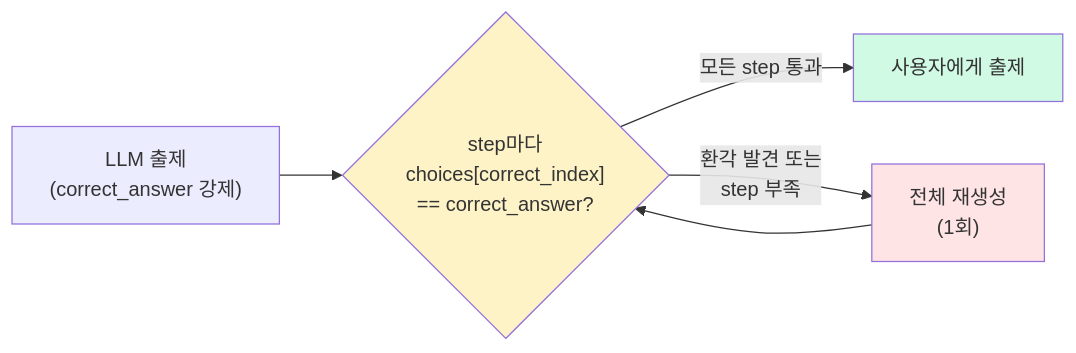
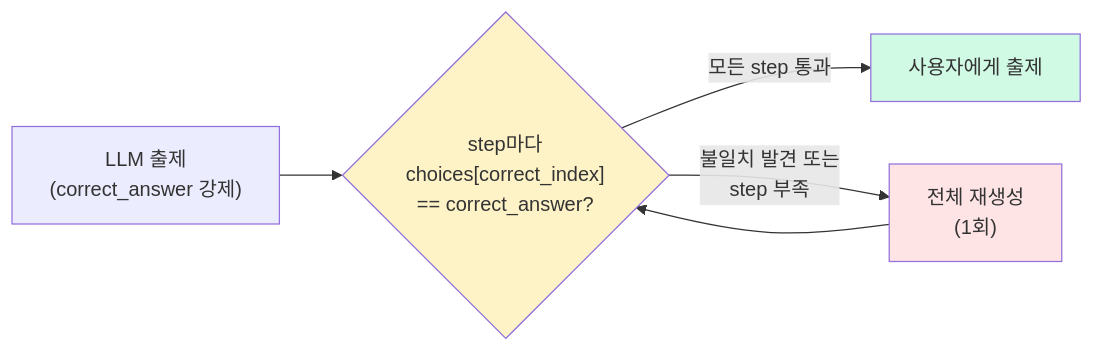
One commit to aengu/quartz-learnlog changed the diagram in content/LearnLog/correct_index 런타임 가드 — 정답 인덱스 정합성 검증.md. Above: the diagram before and after it, drawn with Mermaid. The commit also changed other lines of this file and 3 other files, not shown here.

````diff
--- a/content/LearnLog/correct_index 런타임 가드 — 정답 인덱스 정합성 검증.md
+++ b/content/LearnLog/correct_index 런타임 가드 — 정답 인덱스 정합성 검증.md
@@ -68,11 +68,11 @@
 ```mermaid
 flowchart LR
     G["LLM 출제<br>(correct_answer 강제)"] --> V{"step마다<br>choices[correct_index]<br>== correct_answer?"}
     V -->|"모든 step 통과"| U["사용자에게 출제"]
-    V -->|"환각 발견 또는<br>step 부족"| R["전체 재생성<br>(1회)"]
+    V -->|"불일치 발견 또는<br>step 부족"| R["전체 재생성<br>(1회)"]
     R --> V
 
     style V fill:#fef3c7
     style R fill:#ffe4e6
     style U fill:#d1fae5
 ```
````
